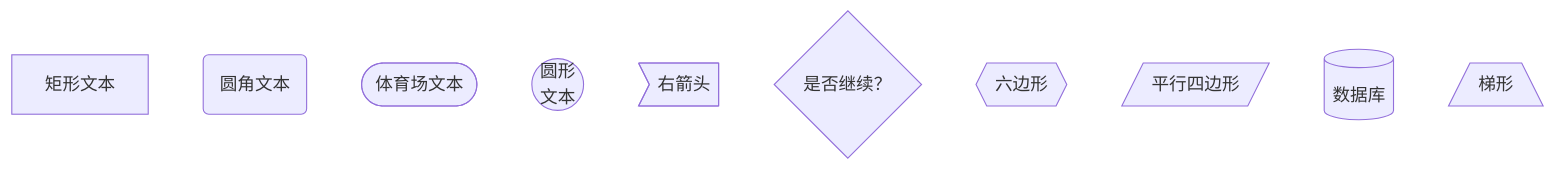
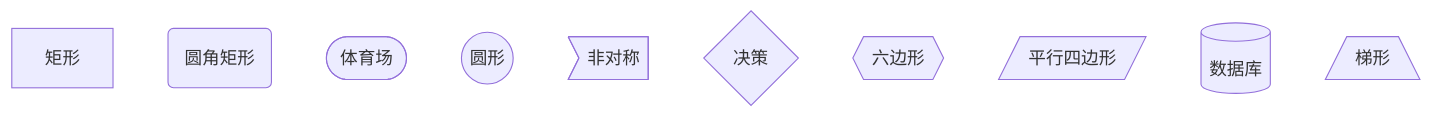
Before and after one commit to liu-qingyuan/skills-sync-lqy: the second of 10 diagrams in skills/lqy-curated/mermaid-visualizer/references/syntax-rules.md, drawn with Mermaid. The commit also changed other lines of this file, not shown here.

Commit message:
refactor(mermaid-visualizer): simplify syntax reference

````diff
--- a/skills/lqy-curated/mermaid-visualizer/references/syntax-rules.md
+++ b/skills/lqy-curated/mermaid-visualizer/references/syntax-rules.md
@@ -88,32 +25,13 @@
 ```mermaid
 flowchart TB
-%% 矩形（默认）
-A[矩形文本]
-
-%% 圆角矩形
-B(圆角文本)
-
-%% 体育场形状
-C([体育场文本])
-
-%% 圆形
-D((圆形<br/>文本))
-
-%% 非对称形状
-E>右箭头]
-
-%% 菱形（决策）
-F{是否继续？}
-
-%% 六边形
-G{{六边形}}
-
-%% 平行四边形
-H[/平行四边形/]
-
-%% 数据库
-I[(数据库)]
-
-%% 梯形
-J[/梯形\]
+    A[矩形]
+    B(圆角矩形)
+    C([体育场])
+    D((圆形))
+    E>非对称]
+    F{决策}
+    G{{六边形}}
+    H[/平行四边形/]
+    I[(数据库)]
+    J[/梯形\]
 ```
````
